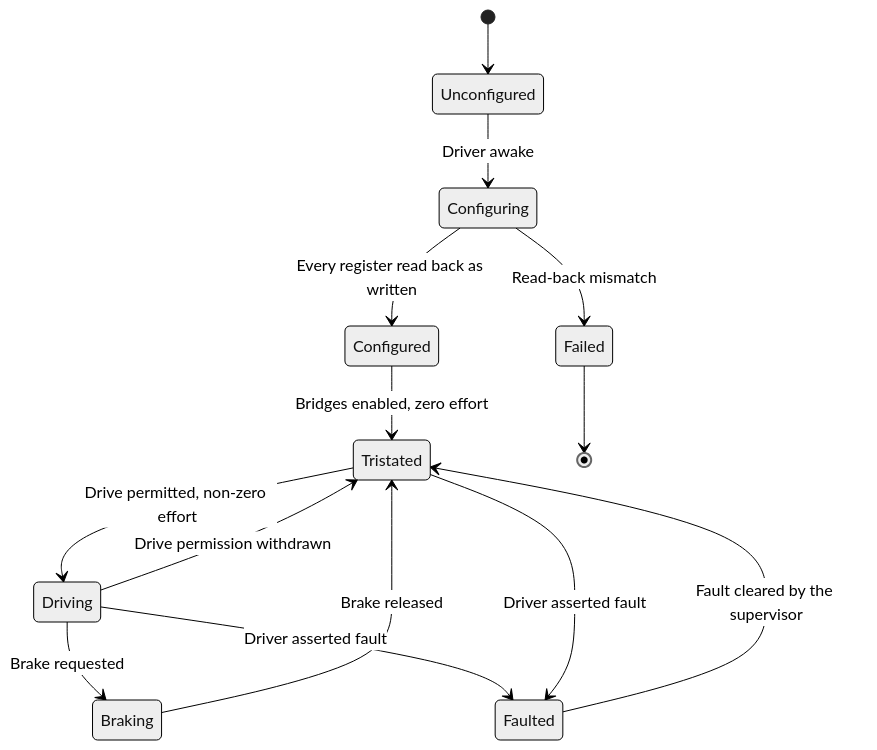
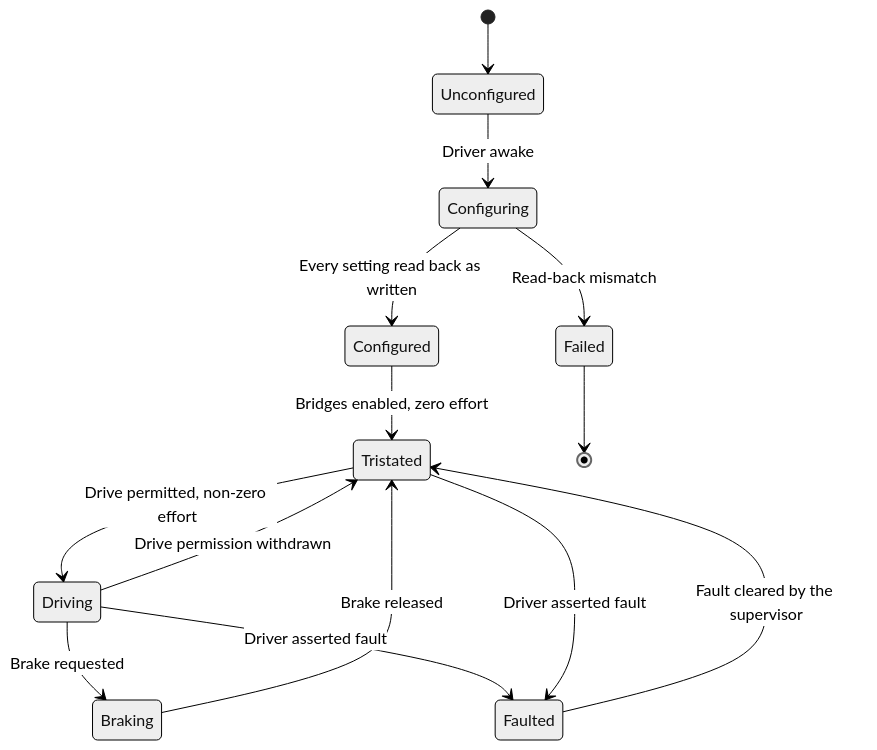
One commit to embedded-pro/e-inverted-pendulum changed the first of 4 diagrams in documentation/design/motion-actuation.md. Above: the diagram before and after it, drawn with Mermaid (neutral theme). The commit also changed other lines of this file and 20 other files, not shown here.

First line of the commit message:
docs: apply kit documentation rules to design, theory and architecture (#75)

````diff
--- a/documentation/design/motion-actuation.md
+++ b/documentation/design/motion-actuation.md
@@ -210,16 +219,16 @@
 ```mermaid
 stateDiagram-v2
     [*] --> Unconfigured
     Unconfigured --> Configuring : Driver awake
-    Configuring --> Configured : Every register read back as written
+    Configuring --> Configured : Every setting read back as written
     Configuring --> Failed : Read-back mismatch
     Configured --> Tristated : Bridges enabled, zero effort
     Tristated --> Driving : Drive permitted, non-zero effort
     Driving --> Tristated : Drive permission withdrawn
     Driving --> Braking : Brake requested
     Braking --> Tristated : Brake released
     Driving --> Faulted : Driver asserted fault
     Tristated --> Faulted : Driver asserted fault
     Faulted --> Tristated : Fault cleared by the supervisor
     Failed --> [*]
 ```
````
